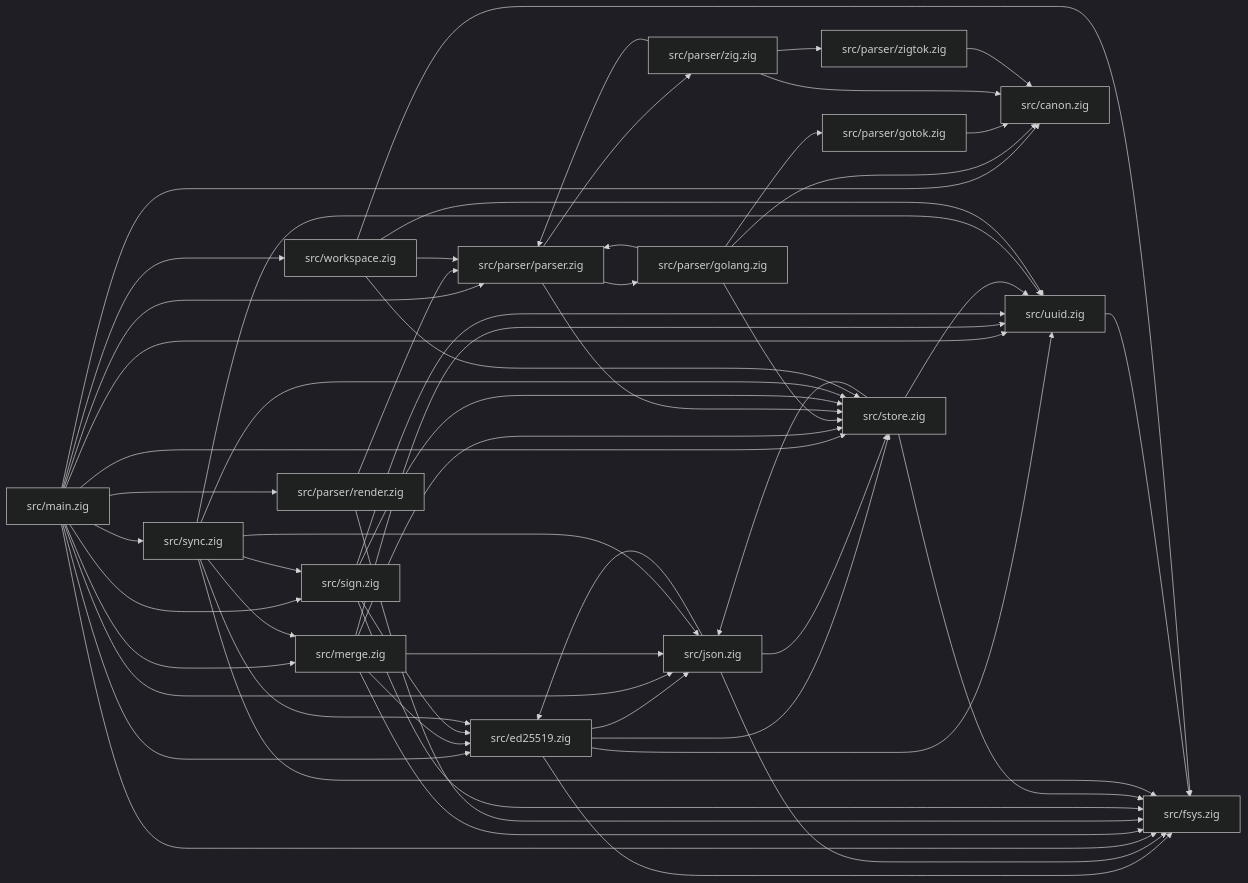
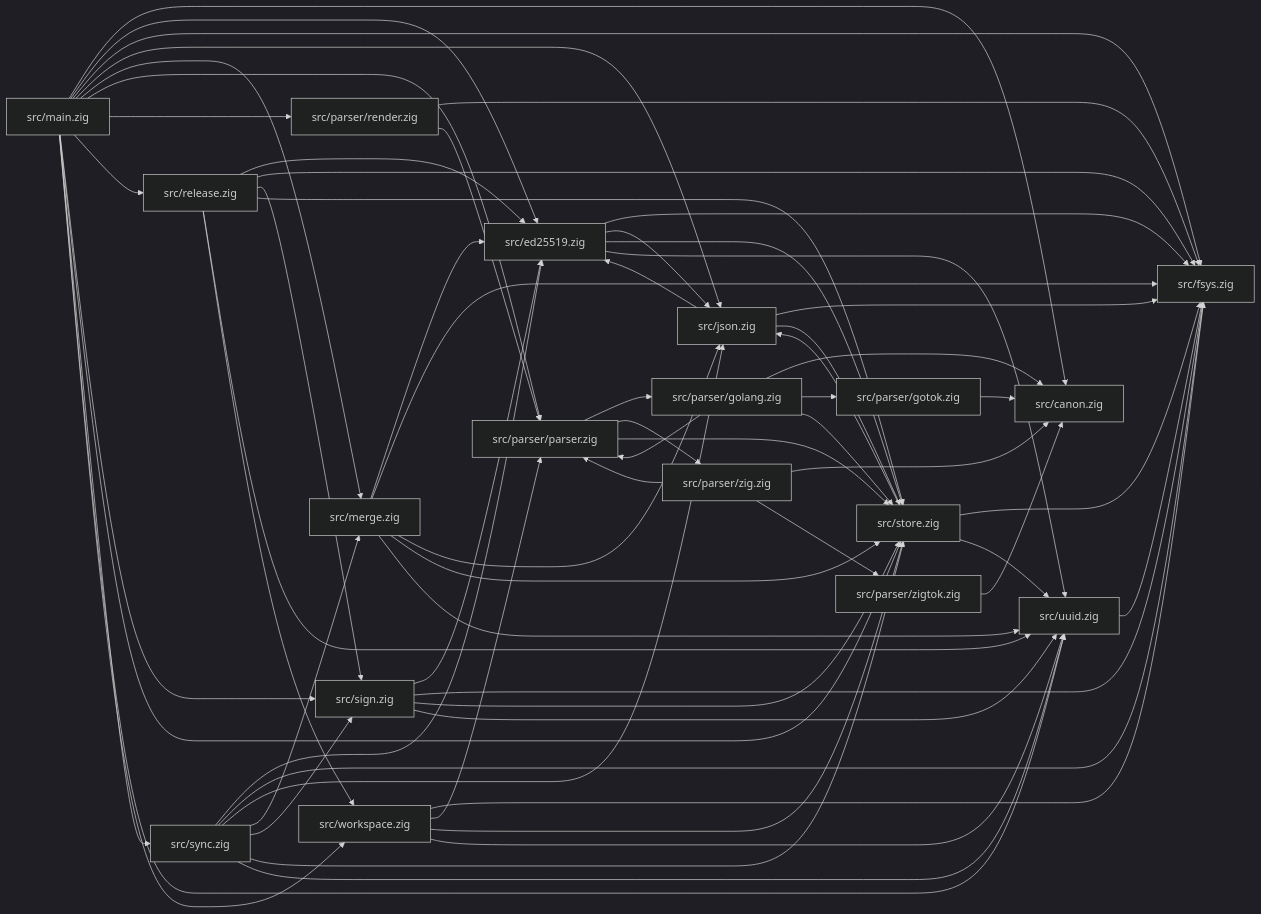
One commit to drawmeanelephant/flint-client changed the diagram in docs/module-map.md. Above: the diagram before and after it, drawn with Mermaid (dark theme). The commit also changed 4 other files, not shown here.

````diff
--- a/docs/module-map.md
+++ b/docs/module-map.md
@@ -7,60 +7,67 @@
 ```mermaid
 flowchart LR
   src_ed25519_zig["src/ed25519.zig"] --> src_fsys_zig["src/fsys.zig"]
   src_ed25519_zig["src/ed25519.zig"] --> src_json_zig["src/json.zig"]
   src_ed25519_zig["src/ed25519.zig"] --> src_store_zig["src/store.zig"]
   src_ed25519_zig["src/ed25519.zig"] --> src_uuid_zig["src/uuid.zig"]
   src_json_zig["src/json.zig"] --> src_ed25519_zig["src/ed25519.zig"]
   src_json_zig["src/json.zig"] --> src_fsys_zig["src/fsys.zig"]
   src_json_zig["src/json.zig"] --> src_store_zig["src/store.zig"]
   src_main_zig["src/main.zig"] --> src_canon_zig["src/canon.zig"]
   src_main_zig["src/main.zig"] --> src_ed25519_zig["src/ed25519.zig"]
   src_main_zig["src/main.zig"] --> src_fsys_zig["src/fsys.zig"]
   src_main_zig["src/main.zig"] --> src_json_zig["src/json.zig"]
   src_main_zig["src/main.zig"] --> src_merge_zig["src/merge.zig"]
   src_main_zig["src/main.zig"] --> src_parser_parser_zig["src/parser/parser.zig"]
   src_main_zig["src/main.zig"] --> src_parser_render_zig["src/parser/render.zig"]
+  src_main_zig["src/main.zig"] --> src_release_zig["src/release.zig"]
   src_main_zig["src/main.zig"] --> src_sign_zig["src/sign.zig"]
   src_main_zig["src/main.zig"] --> src_store_zig["src/store.zig"]
   src_main_zig["src/main.zig"] --> src_sync_zig["src/sync.zig"]
   src_main_zig["src/main.zig"] --> src_uuid_zig["src/uuid.zig"]
   src_main_zig["src/main.zig"] --> src_workspace_zig["src/workspace.zig"]
   src_merge_zig["src/merge.zig"] --> src_ed25519_zig["src/ed25519.zig"]
   src_merge_zig["src/merge.zig"] --> src_fsys_zig["src/fsys.zig"]
   src_merge_zig["src/merge.zig"] --> src_json_zig["src/json.zig"]
   src_merge_zig["src/merge.zig"] --> src_store_zig["src/store.zig"]
   src_merge_zig["src/merge.zig"] --> src_uuid_zig["src/uuid.zig"]
   src_parser_golang_zig["src/parser/golang.zig"] --> src_canon_zig["src/canon.zig"]
   src_parser_golang_zig["src/parser/golang.zig"] --> src_parser_gotok_zig["src/parser/gotok.zig"]
   src_parser_golang_zig["src/parser/golang.zig"] --> src_parser_parser_zig["src/parser/parser.zig"]
   src_parser_golang_zig["src/parser/golang.zig"] --> src_store_zig["src/store.zig"]
   src_parser_gotok_zig["src/parser/gotok.zig"] --> src_canon_zig["src/canon.zig"]
   src_parser_parser_zig["src/parser/parser.zig"] --> src_parser_golang_zig["src/parser/golang.zig"]
   src_parser_parser_zig["src/parser/parser.zig"] --> src_parser_zig_zig["src/parser/zig.zig"]
   src_parser_parser_zig["src/parser/parser.zig"] --> src_store_zig["src/store.zig"]
   src_parser_render_zig["src/parser/render.zig"] --> src_fsys_zig["src/fsys.zig"]
   src_parser_render_zig["src/parser/render.zig"] --> src_parser_parser_zig["src/parser/parser.zig"]
   src_parser_zig_zig["src/parser/zig.zig"] --> src_canon_zig["src/canon.zig"]
   src_parser_zig_zig["src/parser/zig.zig"] --> src_parser_parser_zig["src/parser/parser.zig"]
   src_parser_zig_zig["src/parser/zig.zig"] --> src_parser_zigtok_zig["src/parser/zigtok.zig"]
   src_parser_zigtok_zig["src/parser/zigtok.zig"] --> src_canon_zig["src/canon.zig"]
+  src_release_zig["src/release.zig"] --> src_ed25519_zig["src/ed25519.zig"]
+  src_release_zig["src/release.zig"] --> src_fsys_zig["src/fsys.zig"]
+  src_release_zig["src/release.zig"] --> src_sign_zig["src/sign.zig"]
+  src_release_zig["src/release.zig"] --> src_store_zig["src/store.zig"]
+  src_release_zig["src/release.zig"] --> src_uuid_zig["src/uuid.zig"]
+  src_release_zig["src/release.zig"] --> src_workspace_zig["src/workspace.zig"]
   src_sign_zig["src/sign.zig"] --> src_ed25519_zig["src/ed25519.zig"]
   src_sign_zig["src/sign.zig"] --> src_fsys_zig["src/fsys.zig"]
   src_sign_zig["src/sign.zig"] --> src_store_zig["src/store.zig"]
   src_sign_zig["src/sign.zig"] --> src_uuid_zig["src/uuid.zig"]
   src_store_zig["src/store.zig"] --> src_fsys_zig["src/fsys.zig"]
   src_store_zig["src/store.zig"] --> src_json_zig["src/json.zig"]
   src_store_zig["src/store.zig"] --> src_uuid_zig["src/uuid.zig"]
   src_sync_zig["src/sync.zig"] --> src_ed25519_zig["src/ed25519.zig"]
   src_sync_zig["src/sync.zig"] --> src_fsys_zig["src/fsys.zig"]
   src_sync_zig["src/sync.zig"] --> src_json_zig["src/json.zig"]
   src_sync_zig["src/sync.zig"] --> src_merge_zig["src/merge.zig"]
   src_sync_zig["src/sync.zig"] --> src_sign_zig["src/sign.zig"]
   src_sync_zig["src/sync.zig"] --> src_store_zig["src/store.zig"]
   src_sync_zig["src/sync.zig"] --> src_uuid_zig["src/uuid.zig"]
   src_uuid_zig["src/uuid.zig"] --> src_fsys_zig["src/fsys.zig"]
   src_workspace_zig["src/workspace.zig"] --> src_fsys_zig["src/fsys.zig"]
   src_workspace_zig["src/workspace.zig"] --> src_parser_parser_zig["src/parser/parser.zig"]
   src_workspace_zig["src/workspace.zig"] --> src_store_zig["src/store.zig"]
   src_workspace_zig["src/workspace.zig"] --> src_uuid_zig["src/uuid.zig"]
 ```
````
